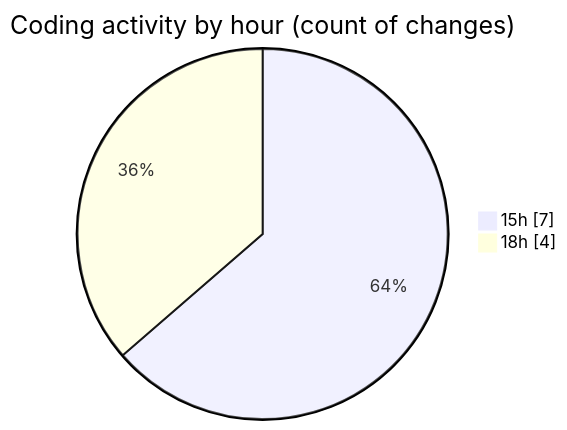
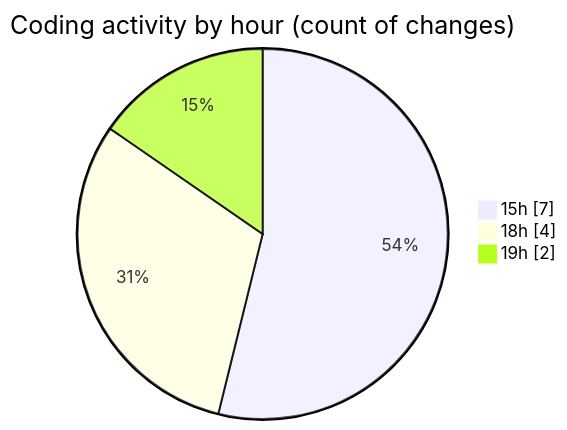
One commit to donsfak/code-tracking changed the second of 2 diagrams in 2025-02-08/maps_clone/README.md. Above: the diagram before and after it, drawn with Mermaid. The commit also changed other lines of this file and 1 other file, not shown here.

````diff
--- a/2025-02-08/maps_clone/README.md
+++ b/2025-02-08/maps_clone/README.md
@@ -28,6 +28,7 @@
 ```mermaid
 pie showData
 title Coding activity by hour (count of changes)
 "15h" : 7
 "18h" : 4
+"19h" : 2
 ```
````
